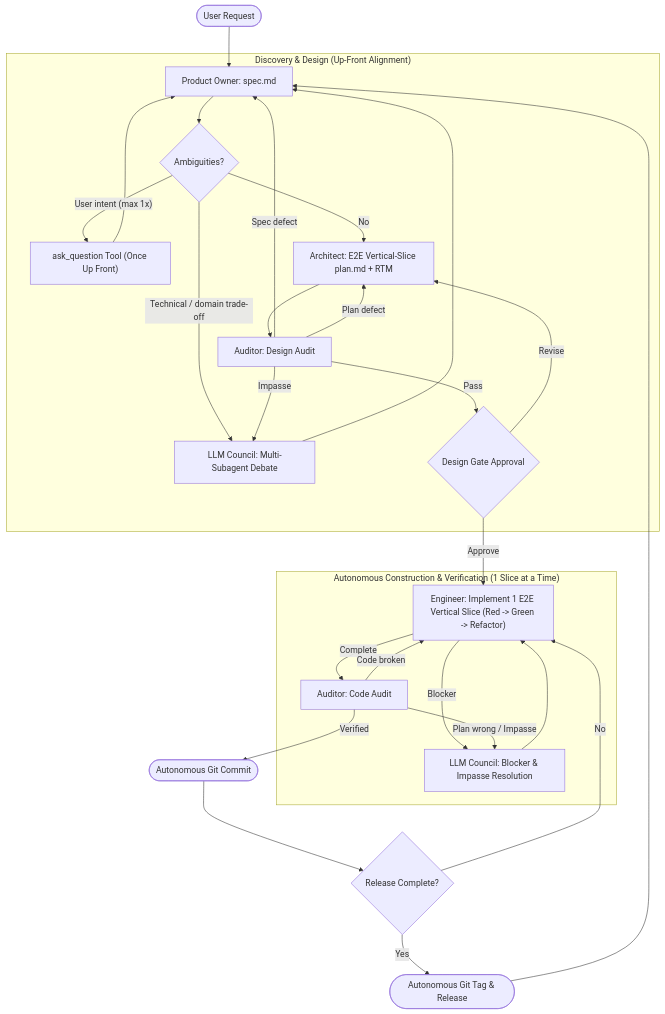
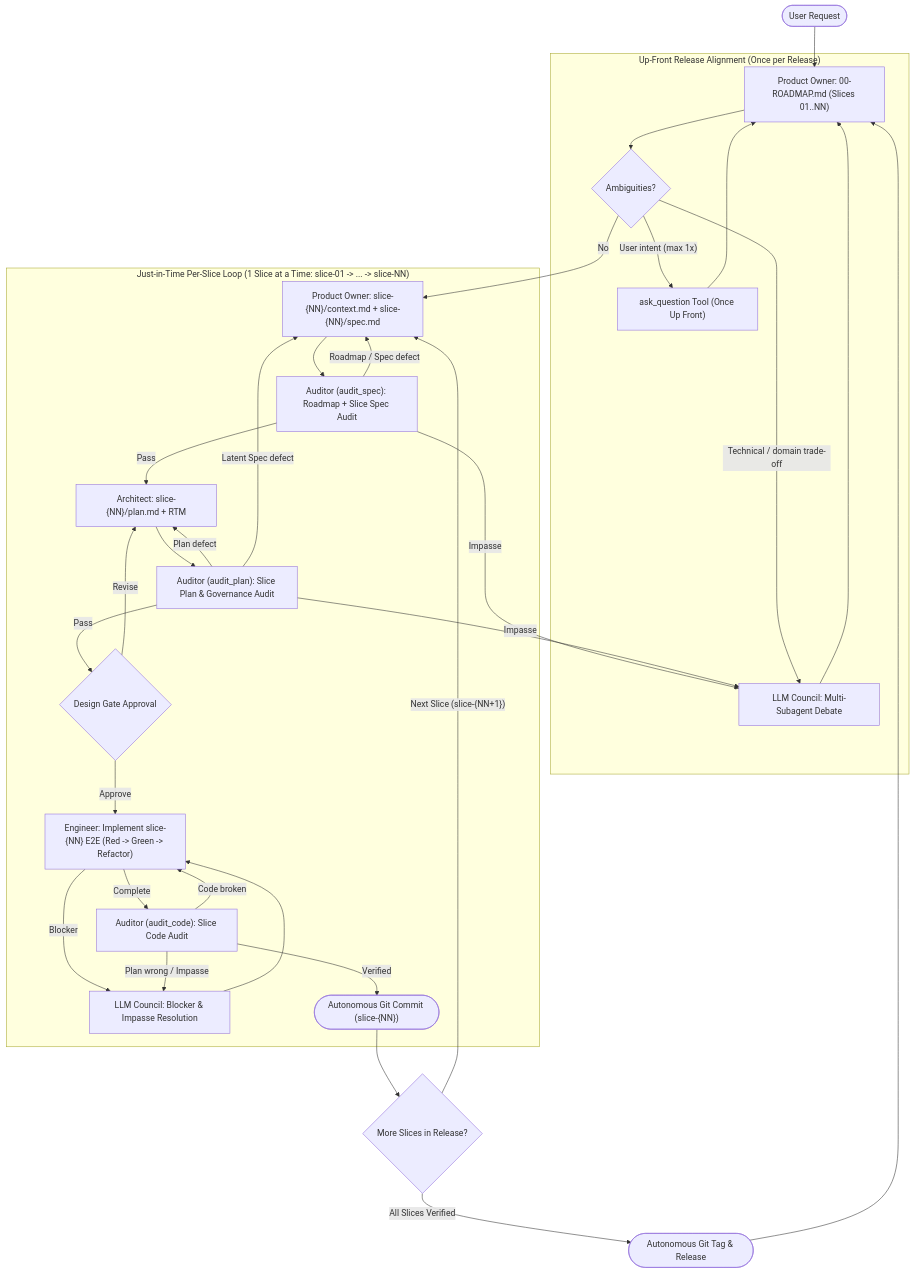
One commit to jjdelorme/plan-commands changed the first of 2 diagrams in README.md. Above: the diagram before and after it, drawn with Mermaid. The commit also changed other lines of this file and 6 other files, not shown here.

Commit message:
feat(swarm): add per-slice artifact folders and separate audit_spec / audit_plan gates (v4.3.0)

````diff
--- a/README.md
+++ b/README.md
@@ -79,44 +79,52 @@
 ```mermaid
 graph TD
-    subgraph "Discovery & Design (Up-Front Alignment)"
-        PO["Product Owner: spec.md"]
+    subgraph "Up-Front Release Alignment (Once per Release)"
+        PORoadmap["Product Owner: 00-ROADMAP.md (Slices 01..NN)"]
         Questions{"Ambiguities?"}
         AskUser["ask_question Tool (Once Up Front)"]
         Council1["LLM Council: Multi-Subagent Debate"]
-        Architect["Architect: E2E Vertical-Slice plan.md + RTM"]
-        DesignAudit["Auditor: Design Audit"]
-        Review{"Design Gate Approval"}
     end
 
-    subgraph "Autonomous Construction & Verification (1 Slice at a Time)"
-        Engineer["Engineer: Implement 1 E2E Vertical Slice (Red -> Green -> Refactor)"]
+    subgraph "Just-in-Time Per-Slice Loop (1 Slice at a Time: slice-01 -> ... -> slice-NN)"
+        POSlice["Product Owner: slice-{NN}/context.md + slice-{NN}/spec.md"]
+        SpecAudit["Auditor (audit_spec): Roadmap + Slice Spec Audit"]
+        Architect["Architect: slice-{NN}/plan.md + RTM"]
+        PlanAudit["Auditor (audit_plan): Slice Plan & Governance Audit"]
+        Review{"Design Gate Approval"}
+        Engineer["Engineer: Implement slice-{NN} E2E (Red -> Green -> Refactor)"]
         Council2["LLM Council: Blocker & Impasse Resolution"]
-        CodeAudit["Auditor: Code Audit"]
+        CodeAudit["Auditor (audit_code): Slice Code Audit"]
+        Commit(["Autonomous Git Commit (slice-{NN})"])
     end
 
-    Start(["User Request"]) --> PO
-    PO --> Questions
-    Questions -- "User intent (max 1x)" --> AskUser --> PO
-    Questions -- "Technical / domain trade-off" --> Council1 --> PO
-    Questions -- "No" --> Architect
-    Architect --> DesignAudit
+    Start(["User Request"]) --> PORoadmap
+    PORoadmap --> Questions
+    Questions -- "User intent (max 1x)" --> AskUser --> PORoadmap
+    Questions -- "Technical / domain trade-off" --> Council1 --> PORoadmap
+    Questions -- "No" --> POSlice
 
-    DesignAudit -- "Spec defect" --> PO
-    DesignAudit -- "Plan defect" --> Architect
-    DesignAudit -- "Impasse" --> Council1
-    DesignAudit -- "Pass" --> Review
+    POSlice --> SpecAudit
+    SpecAudit -- "Roadmap / Spec defect" --> POSlice
+    SpecAudit -- "Impasse" --> Council1
+    SpecAudit -- "Pass" --> Architect
+
+    Architect --> PlanAudit
+    PlanAudit -- "Plan defect" --> Architect
+    PlanAudit -- "Latent Spec defect" --> POSlice
+    PlanAudit -- "Impasse" --> Council1
+    PlanAudit -- "Pass" --> Review
 
     Review -- "Revise" --> Architect
     Review -- "Approve" --> Engineer
 
     Engineer -- "Blocker" --> Council2 --> Engineer
     Engineer -- "Complete" --> CodeAudit
     CodeAudit -- "Code broken" --> Engineer
     CodeAudit -- "Plan wrong / Impasse" --> Council2
-    CodeAudit -- "Verified" --> Commit(["Autonomous Git Commit"])
+    CodeAudit -- "Verified" --> Commit
 
-    Commit --> CheckRelease{"Release Complete?"}
-    CheckRelease -- "No" --> Engineer
-    CheckRelease -- "Yes" --> Tag(["Autonomous Git Tag & Release"])
-    Tag --> PO
+    Commit --> CheckRelease{"More Slices in Release?"}
+    CheckRelease -- "Next Slice (slice-{NN+1})" --> POSlice
+    CheckRelease -- "All Slices Verified" --> Tag(["Autonomous Git Tag & Release"])
+    Tag --> PORoadmap
 ```
````
